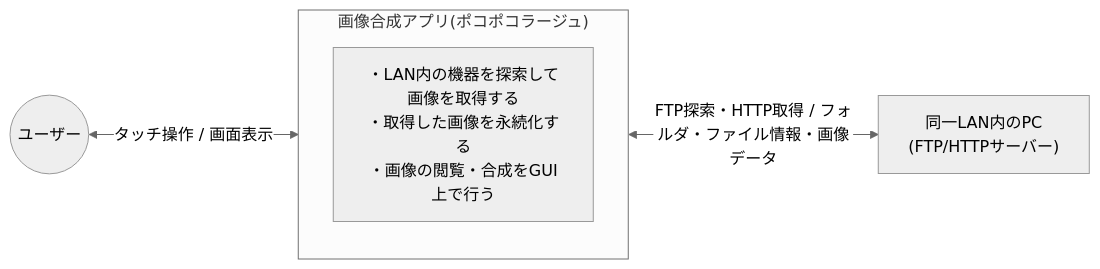
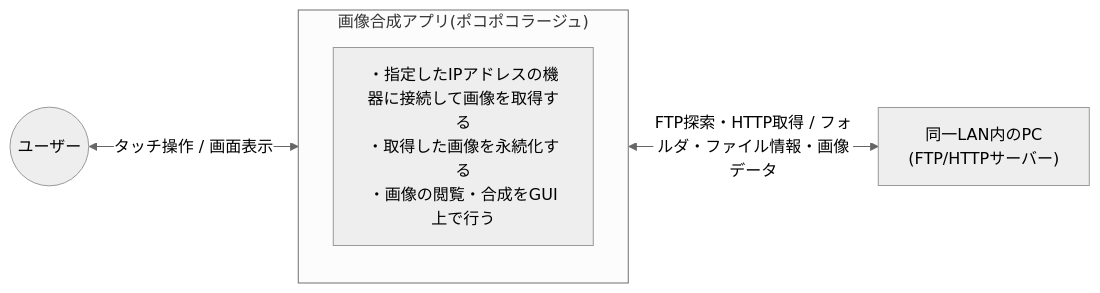
Before and after one commit to NN-DevLab/win_rtos: the diagram in docs/design/architecture.md, drawn with Mermaid (neutral theme). The commit also changed other lines of this file and 26 other files, not shown here.

First line of the commit message:
Add detailed design: sequence diagrams, shared-data protocol, ADR 0004-0006

````diff
--- a/docs/design/architecture.md
+++ b/docs/design/architecture.md
@@ -9,14 +9,14 @@
 ```mermaid
 %%{init: {'flowchart': {'curve': 'linear'}}}%%
 flowchart LR
     User(("ユーザー"))
     LANPC["同一LAN内のPC<br/>(FTP/HTTPサーバー)"]
 
     subgraph App["画像合成アプリ(ポコポコラージュ)"]
         direction TB
-        Behavior["・LAN内の機器を探索して画像を取得する<br/>・取得した画像を永続化する<br/>・画像の閲覧・合成をGUI上で行う"]
+        Behavior["・指定したIPアドレスの機器に接続して画像を取得する<br/>・取得した画像を永続化する<br/>・画像の閲覧・合成をGUI上で行う"]
     end
 
     User <-- タッチ操作 / 画面表示 --> App
     App <-- FTP探索・HTTP取得 / フォルダ・ファイル情報・画像データ --> LANPC
 ```
````
